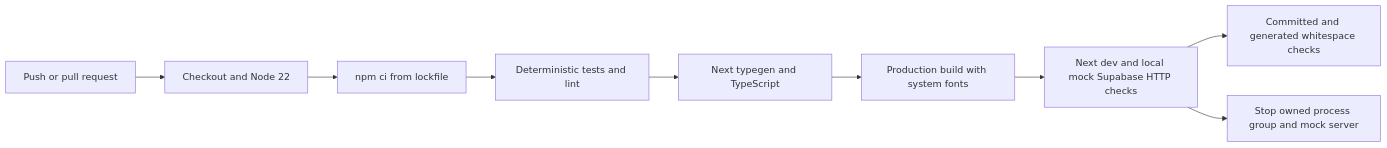
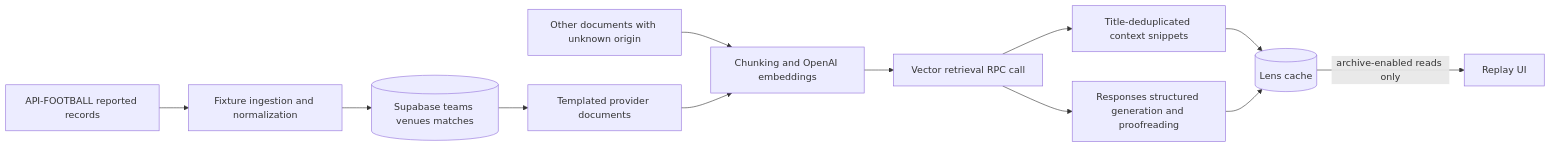
One commit to jeffreymutethia/world-cup-lens changed the second of 2 diagrams in docs/architecture.md. Above: the diagram before and after it, drawn with Mermaid. The commit also changed other lines of this file and 46 other files, not shown here.

````diff
--- a/docs/architecture.md
+++ b/docs/architecture.md
@@ -124,11 +55,14 @@
 ```mermaid
 flowchart LR
-  Event[Push or pull request] --> Node[Checkout and Node 22]
-  Node --> Install[npm ci from lockfile]
-  Install --> Tests[Deterministic tests and lint]
-  Tests --> Types[Next typegen and TypeScript]
-  Types --> Build[Production build with system fonts]
-  Build --> HTTP[Next dev and local mock Supabase HTTP checks]
-  HTTP --> Whitespace[Committed and generated whitespace checks]
-  HTTP --> Cleanup[Stop owned process group and mock server]
+  Source[API-FOOTBALL reported records] --> Ingest[Fixture ingestion and normalization]
+  Ingest --> Rows[(Supabase teams venues matches)]
+  Rows --> Documents[Templated provider documents]
+  Other[Other documents with unknown origin] --> Chunks
+  Documents --> Chunks[Chunking and OpenAI embeddings]
+  Chunks --> RPC[Vector retrieval RPC call]
+  RPC --> Generation[Responses structured generation and proofreading]
+  RPC --> Snippets[Title-deduplicated context snippets]
+  Snippets --> Cache[(Lens cache)]
+  Generation --> Cache
+  Cache -->|archive-enabled reads only| UI[Replay UI]
 ```
````
